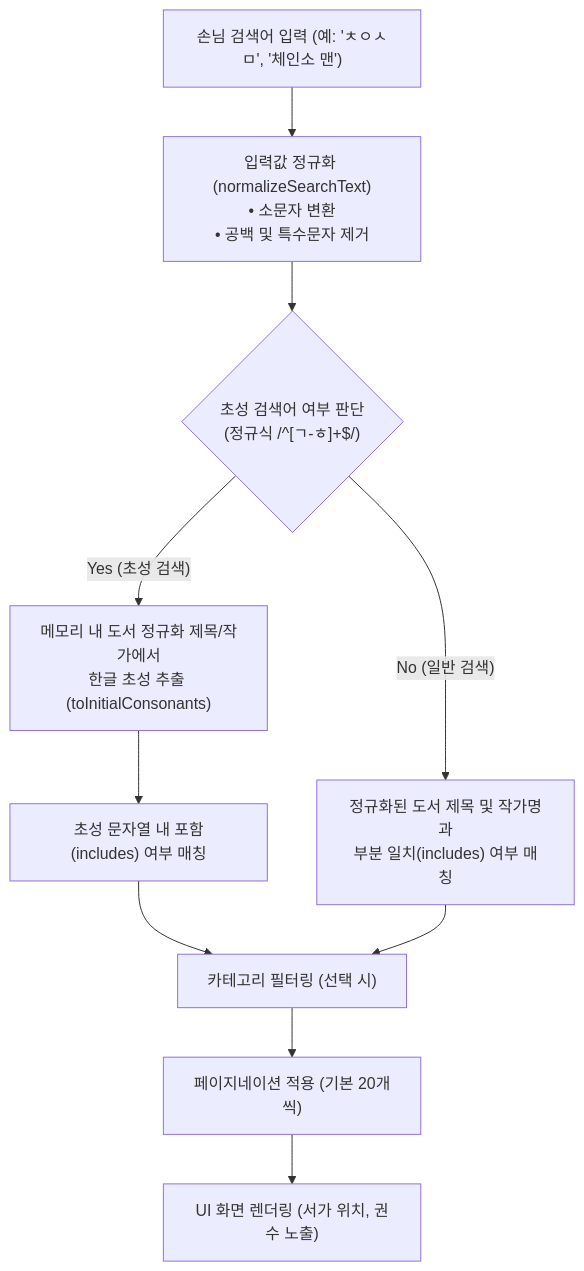
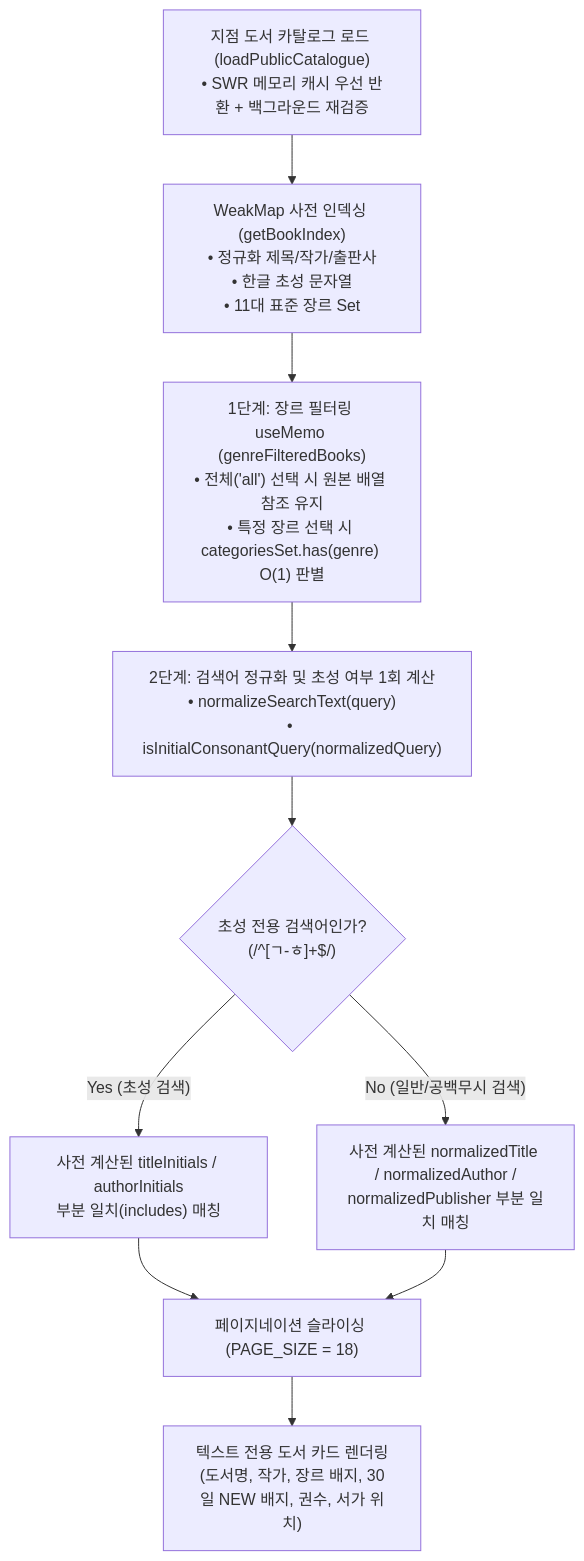
The second of 4 diagrams in docs/FLOWS_AND_SCENARIOS.md (SHINJAEHEE-DEV/CartoonPlus), drawn with Mermaid before and after one commit. The commit also changed other lines of this file and 2 other files, not shown here.

````diff
--- a/docs/FLOWS_AND_SCENARIOS.md
+++ b/docs/FLOWS_AND_SCENARIOS.md
@@ -58,15 +58,12 @@
 ```mermaid
 flowchart TD
-    A["손님 검색어 입력 (예: 'ㅊㅇㅅㅁ', '체인소 맨')"] --> B["입력값 정규화 (normalizeSearchText)<br/>• 소문자 변환<br/>• 공백 및 특수문자 제거"]
-    B --> C{"초성 검색어 여부 판단<br/>(정규식 /^[ㄱ-ㅎ]+$/)"}
-
-    C -- "Yes (초성 검색)" --> D["메모리 내 도서 정규화 제목/작가에서<br/>한글 초성 추출 (toInitialConsonants)"]
-    D --> E["초성 문자열 내 포함(includes) 여부 매칭"]
-
-    C -- "No (일반 검색)" --> F["정규화된 도서 제목 및 작가명과<br/>부분 일치(includes) 여부 매칭"]
-
-    E --> G["카테고리 필터링 (선택 시)"]
-    F --> G
-    G --> H["페이지네이션 적용 (기본 20개씩)"]
-    H --> I["UI 화면 렌더링 (서가 위치, 권수 노출)"]
+    A["지점 도서 카탈로그 로드 (loadPublicCatalogue)<br/>• SWR 메모리 캐시 우선 반환 + 백그라운드 재검증"] --> B["WeakMap 사전 인덱싱 (getBookIndex)<br/>• 정규화 제목/작가/출판사<br/>• 한글 초성 문자열<br/>• 11대 표준 장르 Set"]
+    B --> C["1단계: 장르 필터링 useMemo (genreFilteredBooks)<br/>• 전체('all') 선택 시 원본 배열 참조 유지<br/>• 특정 장르 선택 시 categoriesSet.has(genre) O(1) 판별"]
+    C --> D["2단계: 검색어 정규화 및 초성 여부 1회 계산<br/>• normalizeSearchText(query)<br/>• isInitialConsonantQuery(normalizedQuery)"]
+    D --> E{"초성 전용 검색어인가?<br/>(/^[ㄱ-ㅎ]+$/)"}
+    E -->|"Yes (초성 검색)"| F["사전 계산된 titleInitials / authorInitials<br/>부분 일치(includes) 매칭"]
+    E -->|"No (일반/공백무시 검색)"| G["사전 계산된 normalizedTitle / normalizedAuthor /<br/>normalizedPublisher 부분 일치 매칭"]
+    F --> H["페이지네이션 슬라이싱 (PAGE_SIZE = 18)"]
+    G --> H
+    H --> I["텍스트 전용 도서 카드 렌더링<br/>(도서명, 작가, 장르 배지, 30일 NEW 배지, 권수, 서가 위치)"]
 ```
````
